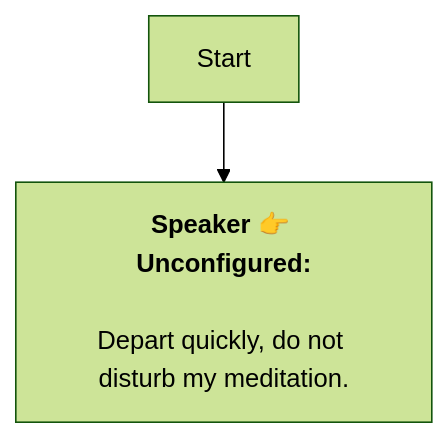
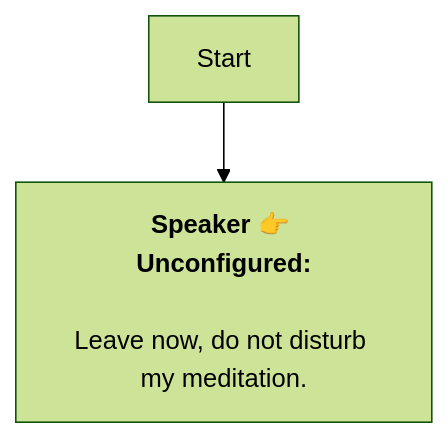
The diagram in En/GLP_common.md (SoftHu/tos_avg), drawn with Mermaid (forest theme) before and after one commit. The commit also changed 297 other files, not shown here.

````diff
--- a/En/GLP_common.md
+++ b/En/GLP_common.md
@@ -1,7 +1,7 @@
 ```mermaid
 graph
 Start -->1719954746922015[<b>Speaker 👉 Unconfigured:</b>
 
-Depart quickly, do not disturb my meditation.]
+Leave now, do not disturb my meditation.]
 
  ```
````
